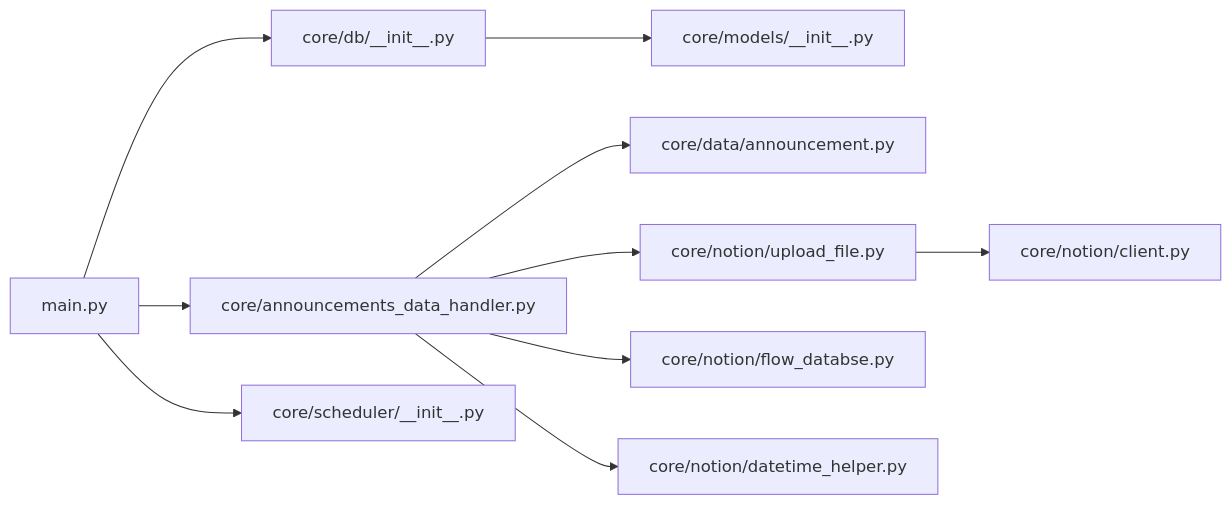
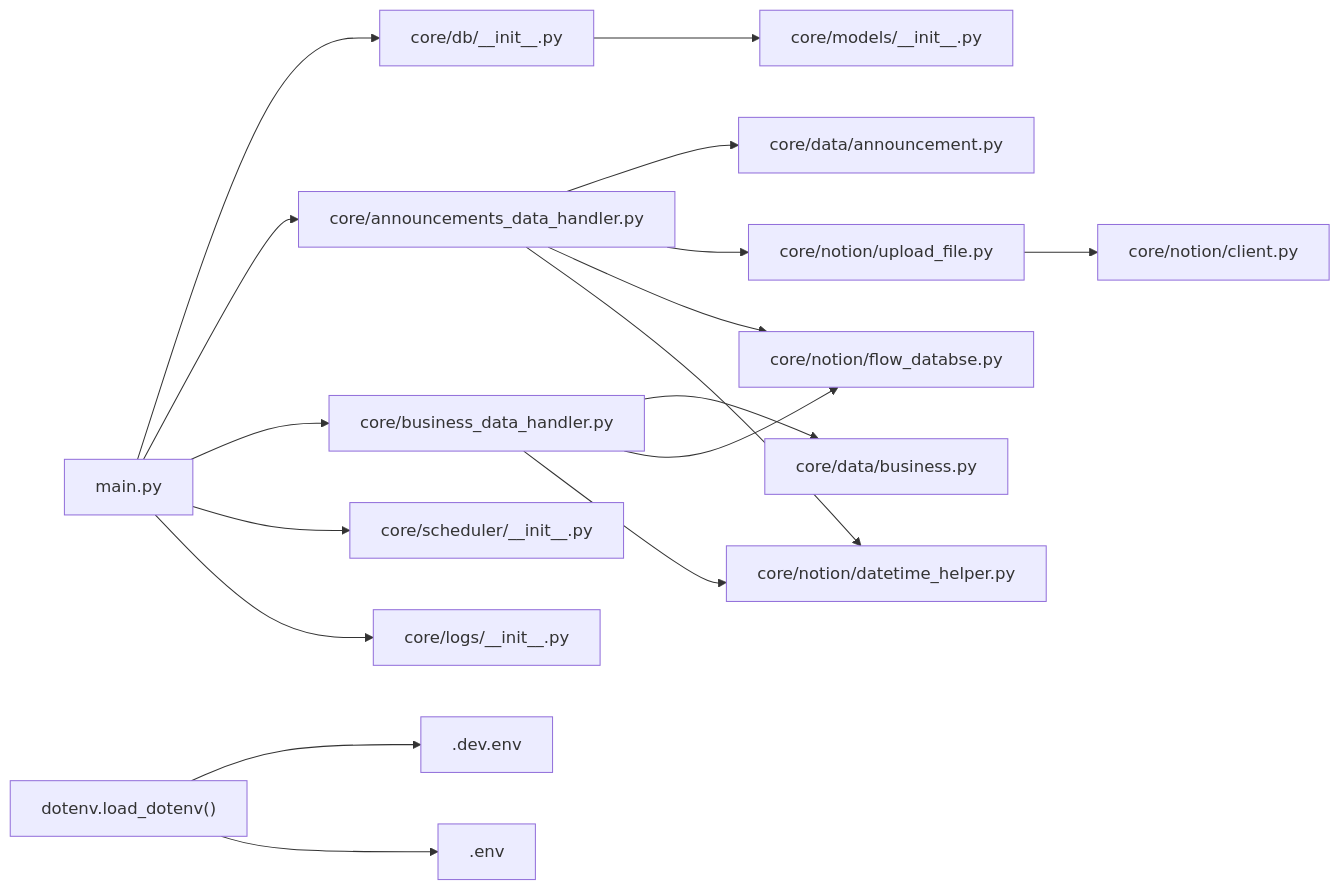
The seventh of 8 diagrams in .qoder/repowiki/zh/content/部署配置/部署配置.md (iverwong/DataLife), drawn with Mermaid before and after one commit. The commit also changed other lines of this file and 14 other files, not shown here.

````diff
--- a/.qoder/repowiki/zh/content/部署配置/部署配置.md
+++ b/.qoder/repowiki/zh/content/部署配置/部署配置.md
@@ -255,12 +339,19 @@
 ```mermaid
 graph LR
 A["main.py"] --> B["core/db/__init__.py"]
 A --> C["core/announcements_data_handler.py"]
-C --> D["core/data/announcement.py"]
-C --> E["core/notion/upload_file.py"]
-E --> F["core/notion/client.py"]
-C --> G["core/notion/flow_databse.py"]
-B --> H["core/models/__init__.py"]
-C --> I["core/notion/datetime_helper.py"]
-A --> J["core/scheduler/__init__.py"]
+A --> D["core/business_data_handler.py"]
+C --> E["core/data/announcement.py"]
+C --> F["core/notion/upload_file.py"]
+D --> G["core/data/business.py"]
+F --> H["core/notion/client.py"]
+C --> I["core/notion/flow_databse.py"]
+D --> I
+B --> J["core/models/__init__.py"]
+C --> K["core/notion/datetime_helper.py"]
+D --> K
+A --> L["core/scheduler/__init__.py"]
+A --> M["core/logs/__init__.py"]
+N["dotenv.load_dotenv()"] --> O[".dev.env"]
+N --> P[".env"]
 ```
````
